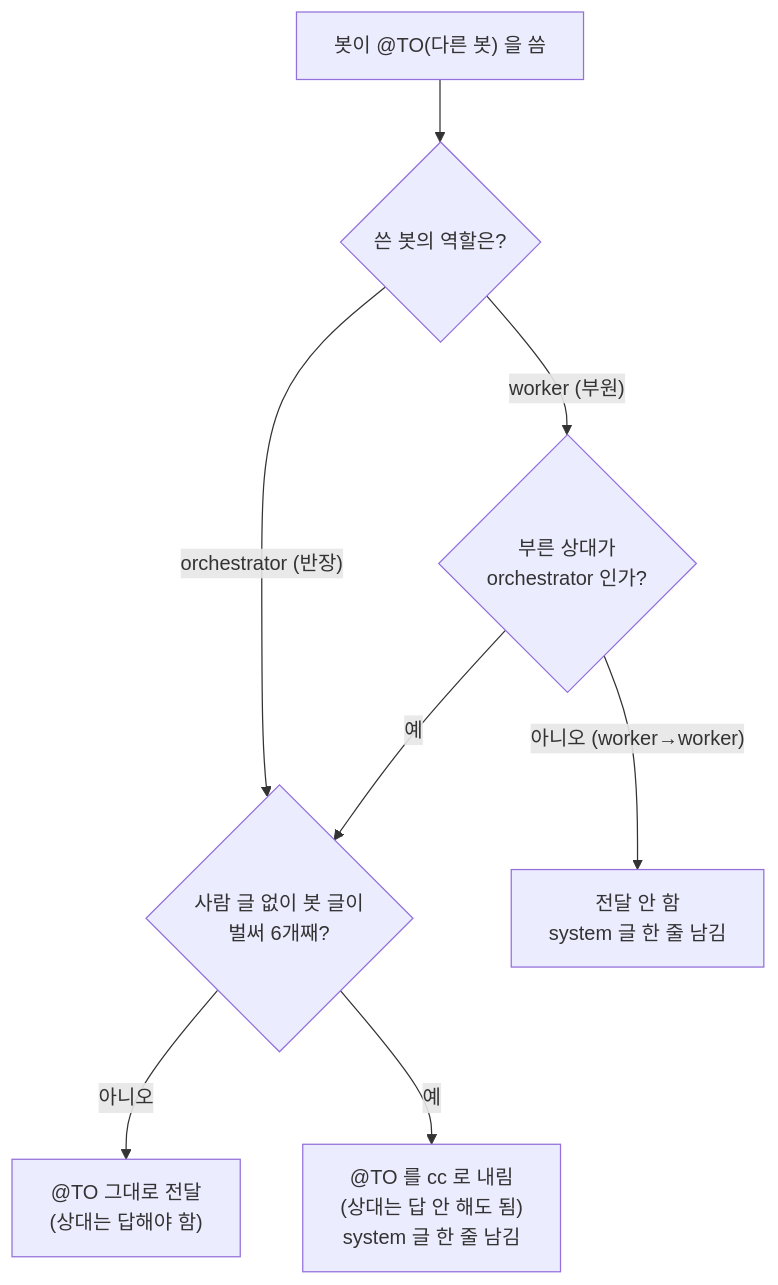
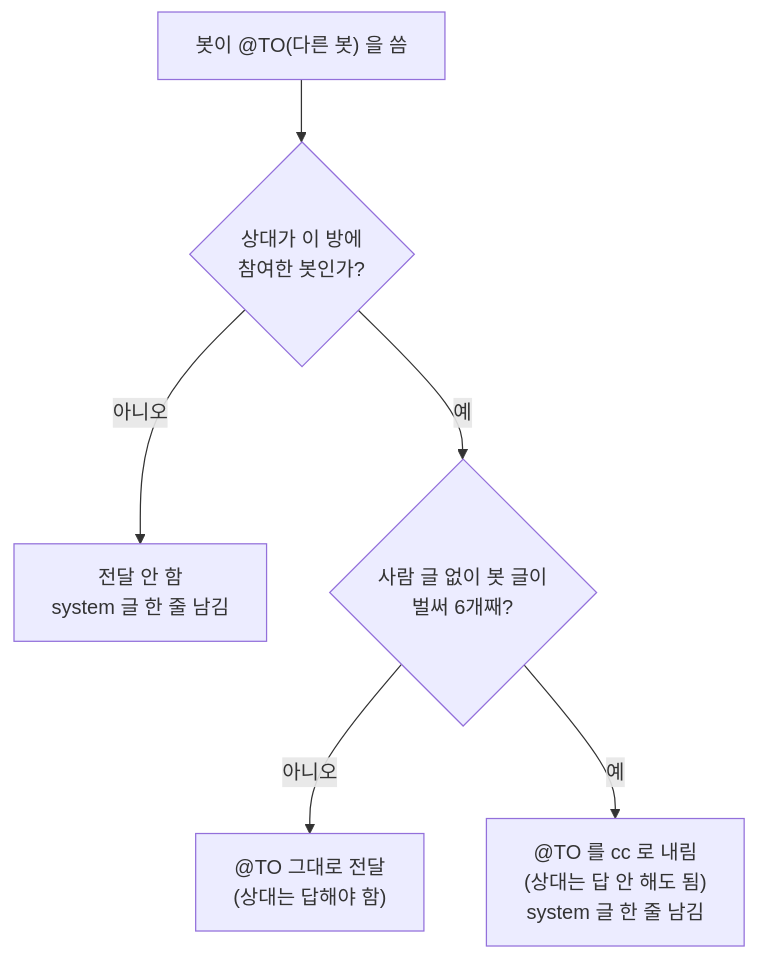
Before and after one commit to bjw202/minidiscord: the eighth of 13 diagrams in README.md, drawn with Mermaid. The commit also changed other lines of this file and 12 other files, not shown here.

````diff
--- a/README.md
+++ b/README.md
@@ -216,10 +216,8 @@
 ```mermaid
 flowchart TD
-    A["봇이 @TO(다른 봇) 을 씀"] --> B{"쓴 봇의 역할은?"}
-    B -->|"orchestrator (반장)"| C{"사람 글 없이 봇 글이<br/>벌써 6개째?"}
-    B -->|"worker (부원)"| D{"부른 상대가<br/>orchestrator 인가?"}
-    D -->|"예"| C
-    D -->|"아니오 (worker→worker)"| X["전달 안 함<br/>system 글 한 줄 남김"]
+    A["봇이 @TO(다른 봇) 을 씀"] --> B{"상대가 이 방에<br/>참여한 봇인가?"}
+    B -->|"아니오"| X["전달 안 함<br/>system 글 한 줄 남김"]
+    B -->|"예"| C{"사람 글 없이 봇 글이<br/>벌써 6개째?"}
     C -->|"아니오"| E["@TO 그대로 전달<br/>(상대는 답해야 함)"]
     C -->|"예"| F["@TO 를 cc 로 내림<br/>(상대는 답 안 해도 됨)<br/>system 글 한 줄 남김"]
 ```
````
